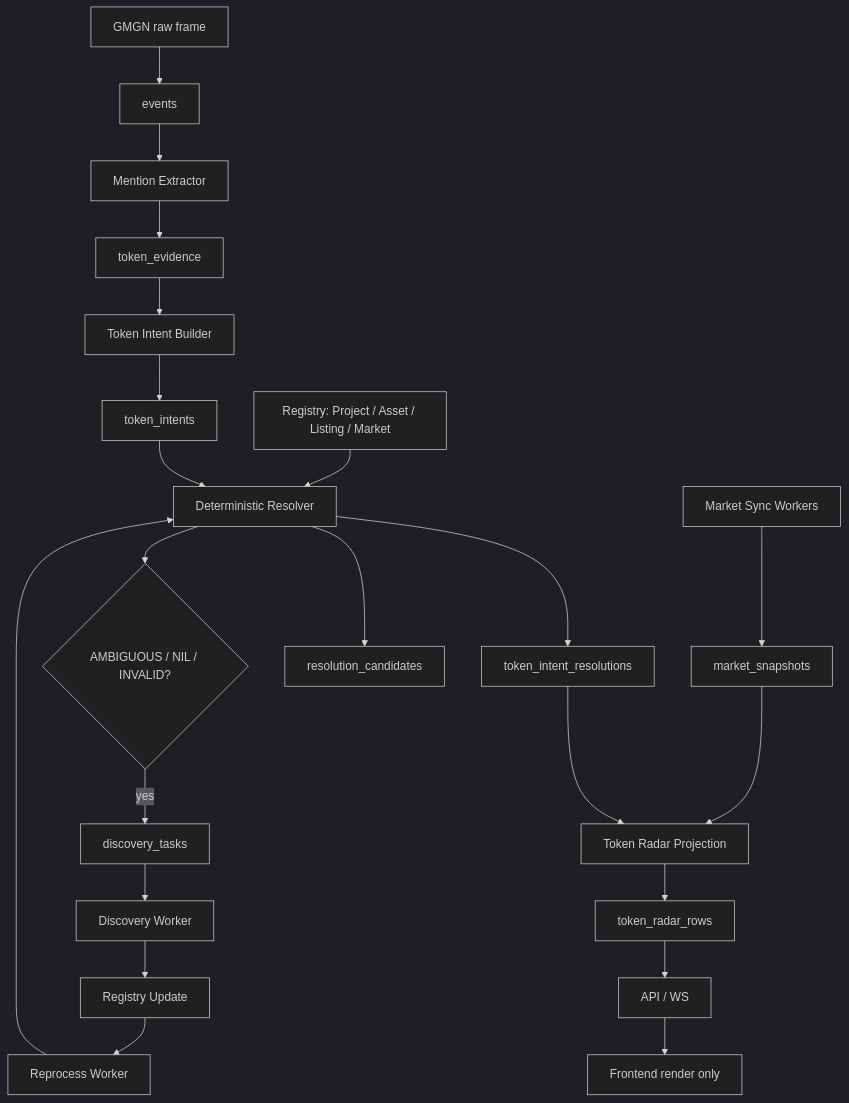
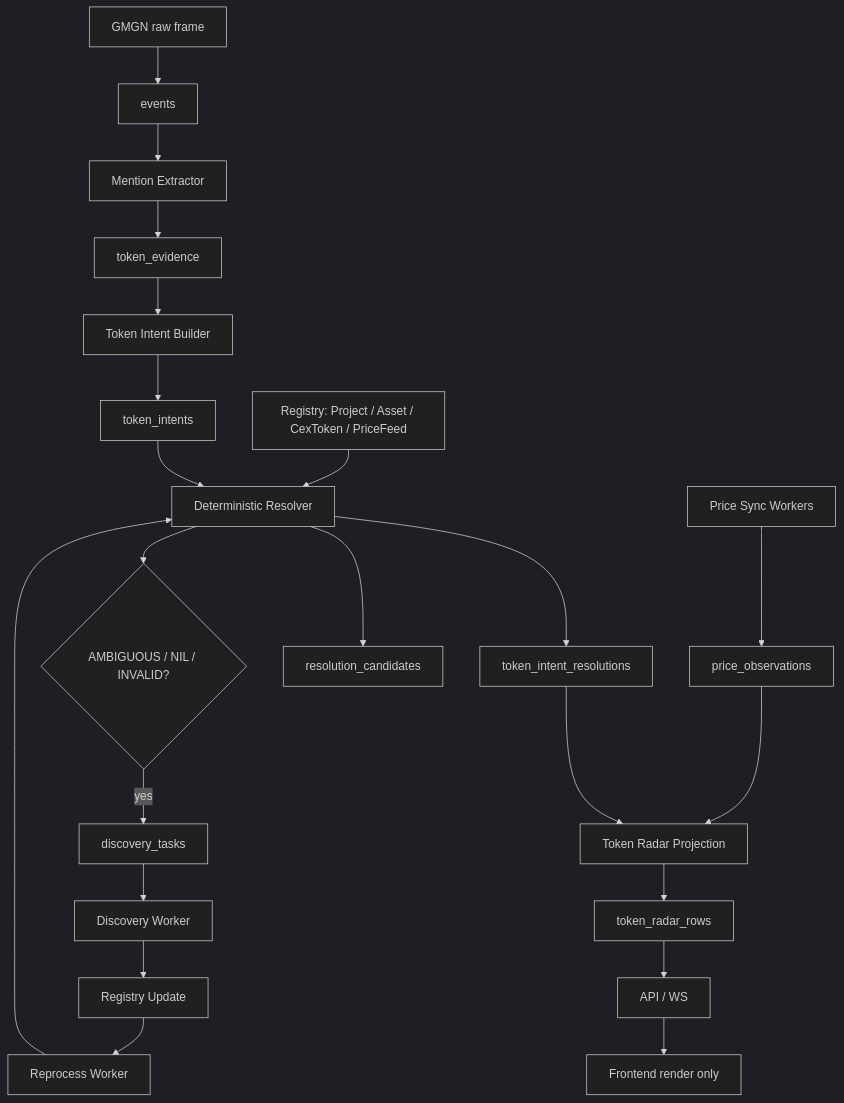
The diagram in docs/2026-05-07-token-radar-v4-entity-linking-production-spec-cn.md (AnalyThothAI/parallax), drawn with Mermaid (dark theme) before and after one commit. The commit also changed other lines of this file and 63 other files, not shown here.

````diff
--- a/docs/2026-05-07-token-radar-v4-entity-linking-production-spec-cn.md
+++ b/docs/2026-05-07-token-radar-v4-entity-linking-production-spec-cn.md
@@ -187,24 +240,24 @@
 ```mermaid
 flowchart TD
   A["GMGN raw frame"] --> B["events"]
   B --> C["Mention Extractor"]
   C --> D["token_evidence"]
   D --> E["Token Intent Builder"]
   E --> F["token_intents"]
   F --> G["Deterministic Resolver"]
-  H["Registry: Project / Asset / Listing / Market"] --> G
+  H["Registry: Project / Asset / CexToken / PriceFeed"] --> G
   G --> I["token_intent_resolutions"]
   G --> J["resolution_candidates"]
   G --> K{"AMBIGUOUS / NIL / INVALID?"}
   K -->|yes| L["discovery_tasks"]
   L --> M["Discovery Worker"]
   M --> N["Registry Update"]
   N --> O["Reprocess Worker"]
   O --> G
-  P["Market Sync Workers"] --> Q["market_snapshots"]
+  P["Price Sync Workers"] --> V["price_observations"]
   I --> R["Token Radar Projection"]
-  Q --> R
+  V --> R
   R --> S["token_radar_rows"]
   S --> T["API / WS"]
   T --> U["Frontend render only"]
 ```
````
